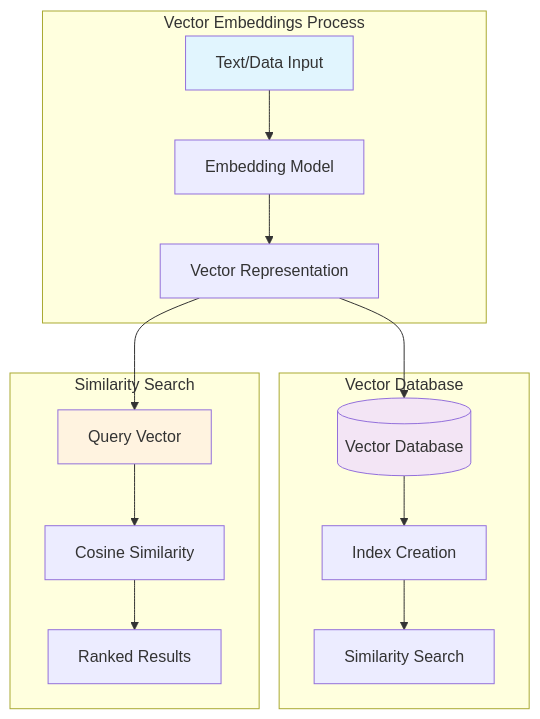
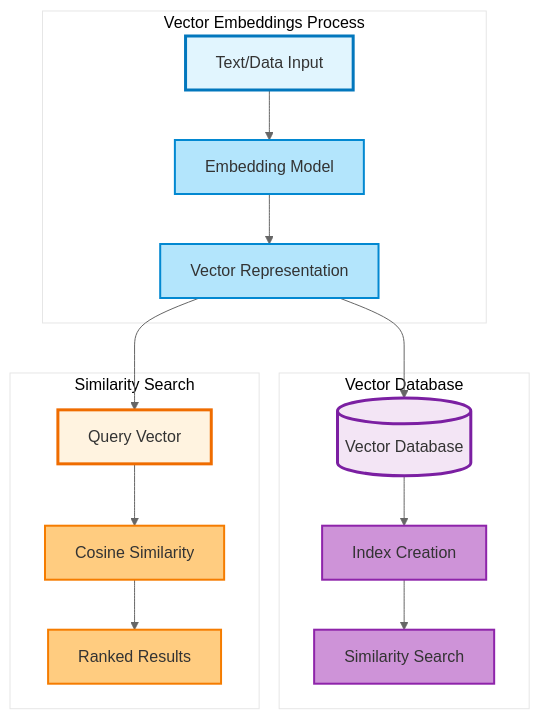
One commit to kishorekkota/kishorekkota.github.io changed the sixth of 28 diagrams in llm_ai/ai_concepts_visualizations.md. Above: the diagram before and after it, drawn with Mermaid. The commit also changed other lines of this file and 5 other files, not shown here.

First line of the commit message:
Enhance Mermaid diagrams and fix syntax errors

````diff
--- a/llm_ai/ai_concepts_visualizations.md
+++ b/llm_ai/ai_concepts_visualizations.md
@@ -158,33 +208,42 @@
 ```mermaid
+%%{init: {'theme':'base', 'themeVariables': { 'primaryColor': '#ffffff', 'primaryTextColor': '#333333', 'primaryBorderColor': '#cccccc', 'lineColor': '#666666'}}}%%
 graph TB
-    subgraph "Vector Embeddings Process"
+    subgraph SG1 ["Vector Embeddings Process"]
         T[Text/Data Input]
         E[Embedding Model]
         V[Vector Representation]
         T --> E
         E --> V
     end
     
-    subgraph "Vector Database"
+    subgraph SG2 ["Vector Database"]
         VD[(Vector Database)]
         I[Index Creation]
         S[Similarity Search]
         VD --> I
         I --> S
     end
     
-    subgraph "Similarity Search"
+    subgraph SG3 ["Similarity Search"]
         Q[Query Vector]
         C[Cosine Similarity]
         R[Ranked Results]
         Q --> C
         C --> R
     end
     
     V --> VD
     V --> Q
     
-    style T fill:#e1f5fe
-    style VD fill:#f3e5f5
-    style Q fill:#fff3e0
+    style T fill:#e1f5fe,stroke:#0277bd,stroke-width:3px
+    style VD fill:#f3e5f5,stroke:#7b1fa2,stroke-width:3px
+    style Q fill:#fff3e0,stroke:#ef6c00,stroke-width:3px
+    style E fill:#b3e5fc,stroke:#0288d1,stroke-width:2px
+    style V fill:#b3e5fc,stroke:#0288d1,stroke-width:2px
+    style I fill:#ce93d8,stroke:#8e24aa,stroke-width:2px
+    style S fill:#ce93d8,stroke:#8e24aa,stroke-width:2px
+    style C fill:#ffcc80,stroke:#f57c00,stroke-width:2px
+    style R fill:#ffcc80,stroke:#f57c00,stroke-width:2px
+
+
 ```
````
